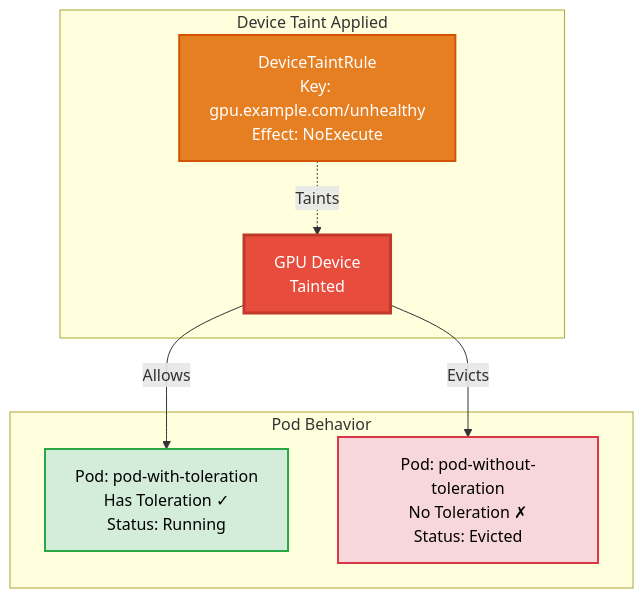
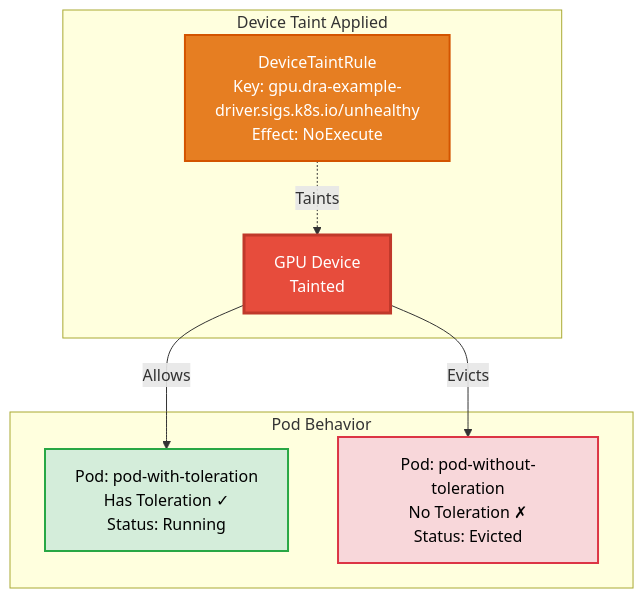
One commit to kubernetes-sigs/dra-example-driver changed the diagram in demo/examples/device-taints-tolerations/device-taint-pod-toleration/README.md. Above: the diagram before and after it, drawn with Mermaid. The commit also changed other lines of this file and 76 other files, not shown here.

Commit message:
Use the project domain for DRA driver identities

````diff
--- a/demo/examples/device-taints-tolerations/device-taint-pod-toleration/README.md
+++ b/demo/examples/device-taints-tolerations/device-taint-pod-toleration/README.md
@@ -11,21 +11,21 @@
 ```mermaid
 graph TD
     subgraph DeviceTaint["Device Taint Applied"]
-        DTR[DeviceTaintRule<br/>Key: gpu.example.com/unhealthy<br/>Effect: NoExecute]
+        DTR[DeviceTaintRule<br/>Key: gpu.dra-example-driver.sigs.k8s.io/unhealthy<br/>Effect: NoExecute]
         G1[GPU Device<br/>Tainted]
         DTR -.->|Taints| G1
     end
     
     subgraph Pods["Pod Behavior"]
         P1[Pod: pod-with-toleration<br/>Has Toleration ✓<br/>Status: Running]
         P2[Pod: pod-without-toleration<br/>No Toleration ✗<br/>Status: Evicted]
         
         G1 -->|Allows| P1
         G1 -->|Evicts| P2
     end
     
     style DTR fill:#e67e22,color:#fff,stroke:#d35400,stroke-width:2px
     style G1 fill:#e74c3c,color:#fff,stroke:#c0392b,stroke-width:3px
     style P1 fill:#d4edda,color:#000,stroke:#28a745,stroke-width:2px
     style P2 fill:#f8d7da,color:#000,stroke:#dc3545,stroke-width:2px
 ```
````
